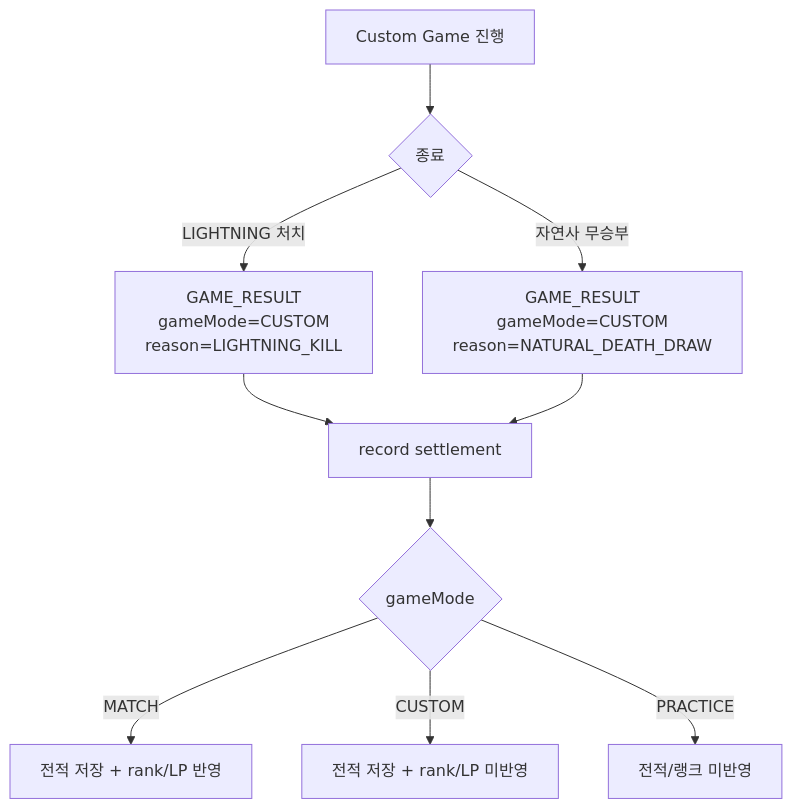
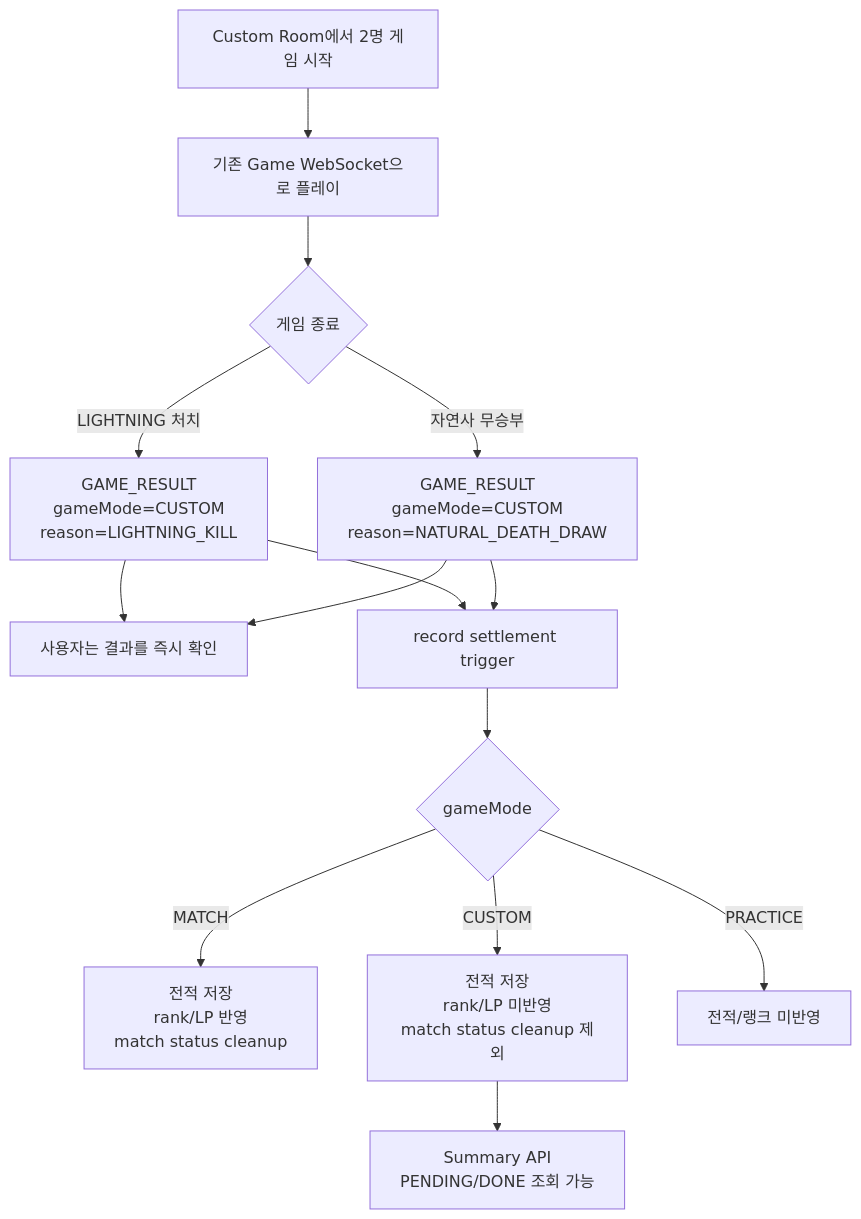
One commit to moonwhistle/League-of-Star changed the second of 2 diagrams in docs/antigravity/backend/issue-132-custom-game-result-record.md. Above: the diagram before and after it, drawn with Mermaid. The commit also changed other lines of this file and 2 other files, not shown here.

````diff
--- a/docs/antigravity/backend/issue-132-custom-game-result-record.md
+++ b/docs/antigravity/backend/issue-132-custom-game-result-record.md
@@ -301,12 +301,16 @@
 ```mermaid
 flowchart TD
-    A["Custom Game 진행"] --> B{"종료"}
-    B -->|LIGHTNING 처치| C["GAME_RESULT<br/>gameMode=CUSTOM<br/>reason=LIGHTNING_KILL"]
-    B -->|자연사 무승부| D["GAME_RESULT<br/>gameMode=CUSTOM<br/>reason=NATURAL_DEATH_DRAW"]
-    C --> E["record settlement"]
-    D --> E
-    E --> F{"gameMode"}
-    F -->|MATCH| G["전적 저장 + rank/LP 반영"]
-    F -->|CUSTOM| H["전적 저장 + rank/LP 미반영"]
-    F -->|PRACTICE| I["전적/랭크 미반영"]
+    A["Custom Room에서 2명 게임 시작"] --> B["기존 Game WebSocket으로 플레이"]
+    B --> C{"게임 종료"}
+    C -->|LIGHTNING 처치| D["GAME_RESULT<br/>gameMode=CUSTOM<br/>reason=LIGHTNING_KILL"]
+    C -->|자연사 무승부| E["GAME_RESULT<br/>gameMode=CUSTOM<br/>reason=NATURAL_DEATH_DRAW"]
+    D --> F["사용자는 결과를 즉시 확인"]
+    E --> F
+    D --> G["record settlement trigger"]
+    E --> G
+    G --> H{"gameMode"}
+    H -->|MATCH| I["전적 저장<br/>rank/LP 반영<br/>match status cleanup"]
+    H -->|CUSTOM| J["전적 저장<br/>rank/LP 미반영<br/>match status cleanup 제외"]
+    H -->|PRACTICE| K["전적/랭크 미반영"]
+    J --> L["Summary API<br/>PENDING/DONE 조회 가능"]
 ```
````
